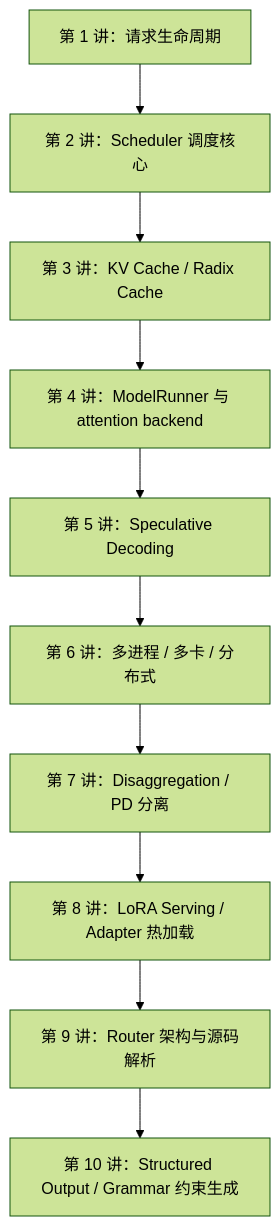
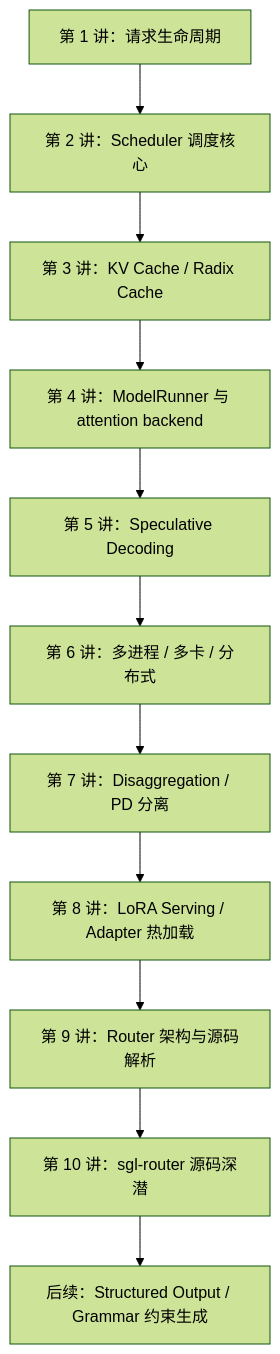
One commit to cl-vv-h/SGLang_Tutor changed the diagram in learning/sglang-source-reading/README.md. Above: the diagram before and after it, drawn with Mermaid (forest theme). The commit also changed other lines of this file and 2 other files, not shown here.

Commit message:
Add sgl-router source deep dive notes

````diff
--- a/learning/sglang-source-reading/README.md
+++ b/learning/sglang-source-reading/README.md
@@ -7,12 +7,13 @@
 ```mermaid
 flowchart TD
   A["第 1 讲：请求生命周期"] --> B["第 2 讲：Scheduler 调度核心"]
   B --> C["第 3 讲：KV Cache / Radix Cache"]
   C --> D["第 4 讲：ModelRunner 与 attention backend"]
   D --> E["第 5 讲：Speculative Decoding"]
   E --> F["第 6 讲：多进程 / 多卡 / 分布式"]
   F --> G["第 7 讲：Disaggregation / PD 分离"]
   G --> H["第 8 讲：LoRA Serving / Adapter 热加载"]
   H --> I["第 9 讲：Router 架构与源码解析"]
-  I --> J["第 10 讲：Structured Output / Grammar 约束生成"]
+  I --> J["第 10 讲：sgl-router 源码深潜"]
+  J --> K["后续：Structured Output / Grammar 约束生成"]
 ```
````
